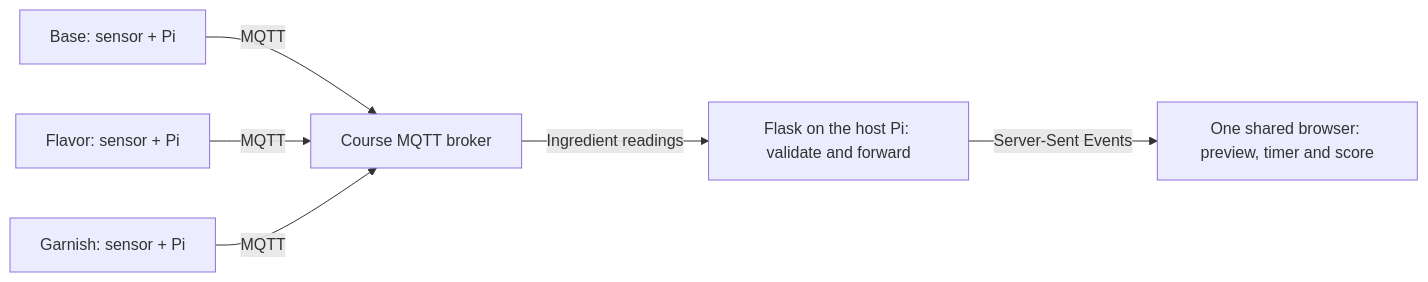
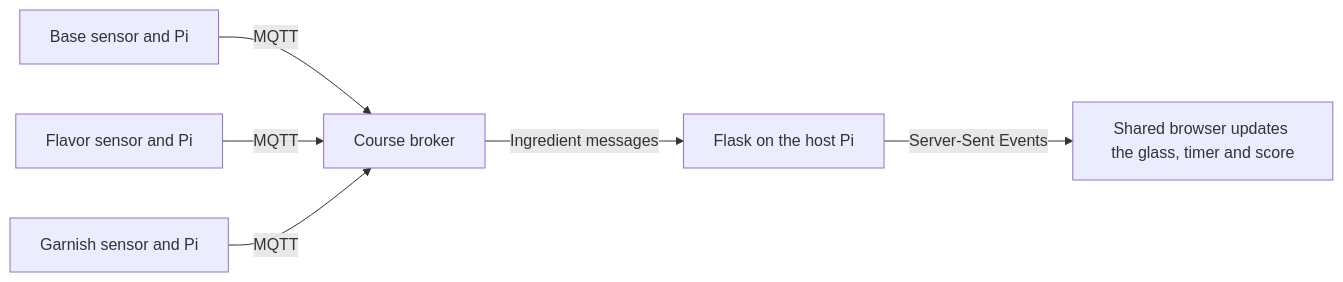
Before and after one commit to Mmmmmmarius/Interactive-Lab-Hub: the diagram in Lab 6/README.md, drawn with Mermaid. The commit also changed other lines of this file, not shown here.

````diff
--- a/Lab 6/README.md
+++ b/Lab 6/README.md
@@ -57,8 +71,8 @@
 ```mermaid
 flowchart LR
-    base["Base: sensor + Pi"] -->|MQTT| broker["Course MQTT broker"]
-    flavor["Flavor: sensor + Pi"] -->|MQTT| broker
-    garnish["Garnish: sensor + Pi"] -->|MQTT| broker
-    broker -->|Ingredient readings| host["Flask on the host Pi: validate and forward"]
-    host -->|Server-Sent Events| screen["One shared browser: preview, timer and score"]
+    base["Base sensor and Pi"] -->|MQTT| broker["Course broker"]
+    flavor["Flavor sensor and Pi"] -->|MQTT| broker
+    garnish["Garnish sensor and Pi"] -->|MQTT| broker
+    broker -->|Ingredient messages| host["Flask on the host Pi"]
+    host -->|Server-Sent Events| screen["Shared browser updates the glass, timer and score"]
 ```
````
